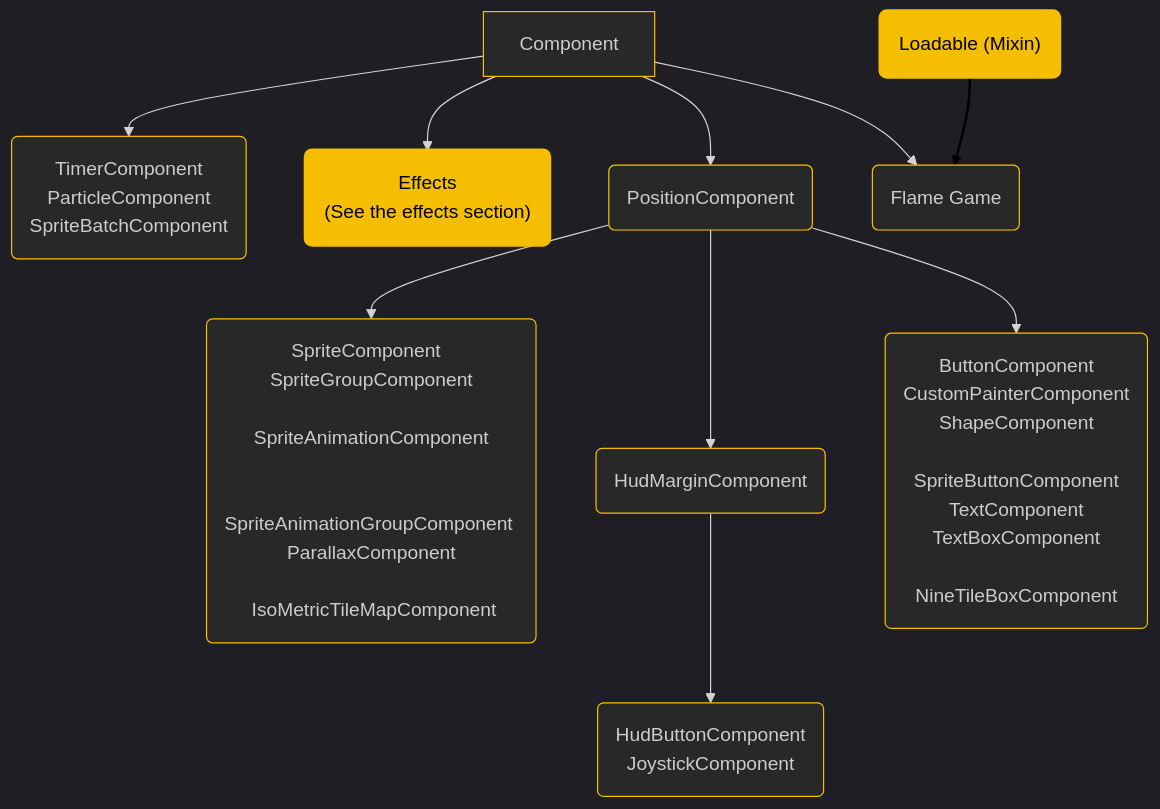
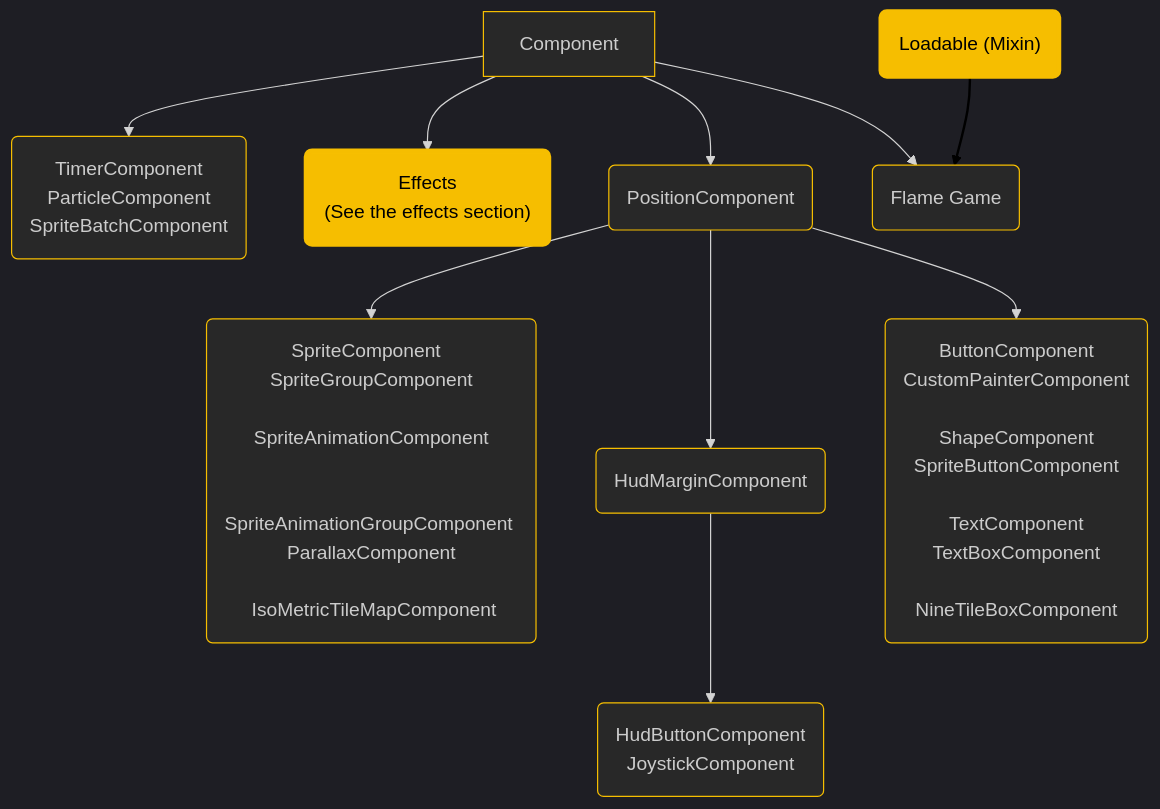
The second of 2 diagrams in doc/flame/diagrams/component.md (flame-engine/flame), drawn with Mermaid before and after one commit. The commit also changed other lines of this file and 3 other files, not shown here.

````diff
--- a/doc/flame/diagrams/component.md
+++ b/doc/flame/diagrams/component.md
@@ -16,45 +16,46 @@
 ```{mermaid}
 %%{init: { 'theme': 'dark'  } }%%
 
 graph TD
     %% Node Color %%
     classDef yellow fill:#F6BE00,stroke:#F6BE00,stroke-width:4px,color:#000 ;
     classDef default fill:#282828,stroke:#F6BE00;
     
     %% Nodes %%
        
     Component[Component]
     TimerComponent(TimerComponent <br/>ParticleComponent <br>SpriteBatchComponent)
     Effects("Effects <br/> (See the effects section)"):::yellow
     FlameGame(Flame Game)
     PositionComponent(PositionComponent)
    
     SpriteComponent("SpriteComponent  <br/> SpriteGroupComponent 
     <br/> SpriteAnimationComponent <br/> 
     SpriteAnimationGroupComponent <br/> ParallaxComponent 
     <br/> IsoMetricTileMapComponent")
     
     HudMarginComponent(HudMarginComponent)
     HudButtonComponent(HudButtonComponent  <br/> JoystickComponent)
     
-    ButtonComponent("ButtonComponent <br/> CustomPainterComponent <br/> ShapeComponent 
-    <br/> SpriteButtonComponent <br/> TextComponent <br/> TextBoxComponent 
+    ButtonComponent("ButtonComponent <br/> CustomPainterComponent 
+    <br/> ShapeComponent <br/> SpriteButtonComponent 
+    <br/> TextComponent <br/> TextBoxComponent 
     <br/> NineTileBoxComponent")
     
     Loadable("Loadable (Mixin)"):::yellow
     
     %% Flow %%
     Component --> TimerComponent
     Component --> Effects
     Component --> PositionComponent
     Component --> FlameGame
    
     Loadable --> FlameGame
     PositionComponent --> SpriteComponent
     PositionComponent --> HudMarginComponent
     PositionComponent --> ButtonComponent
     HudMarginComponent --> HudButtonComponent
     
     %% Link Color %%
     linkStyle 4 stroke:black,stroke-width:2px,color: black;
-``` 
+```
````
